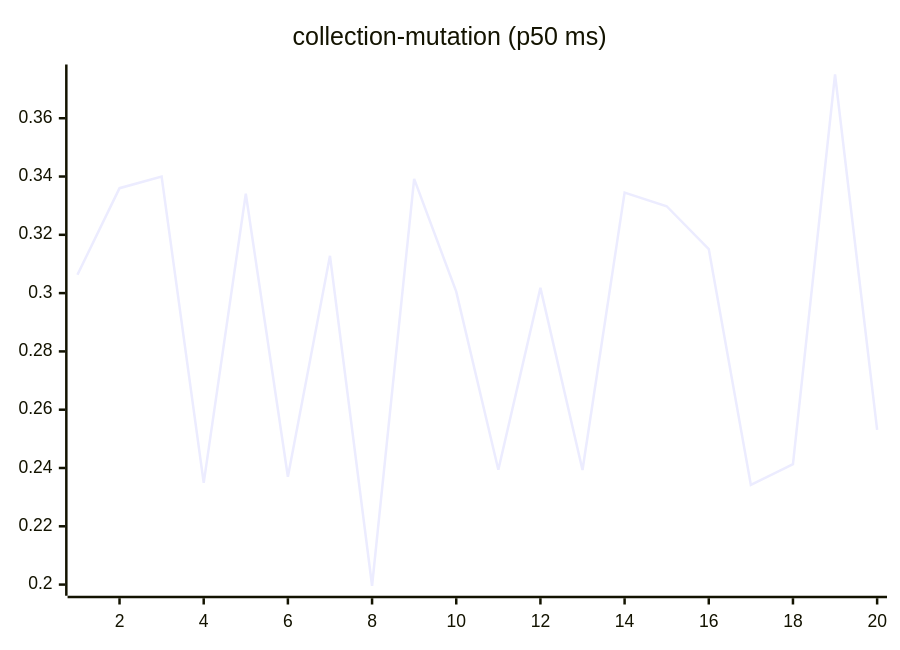
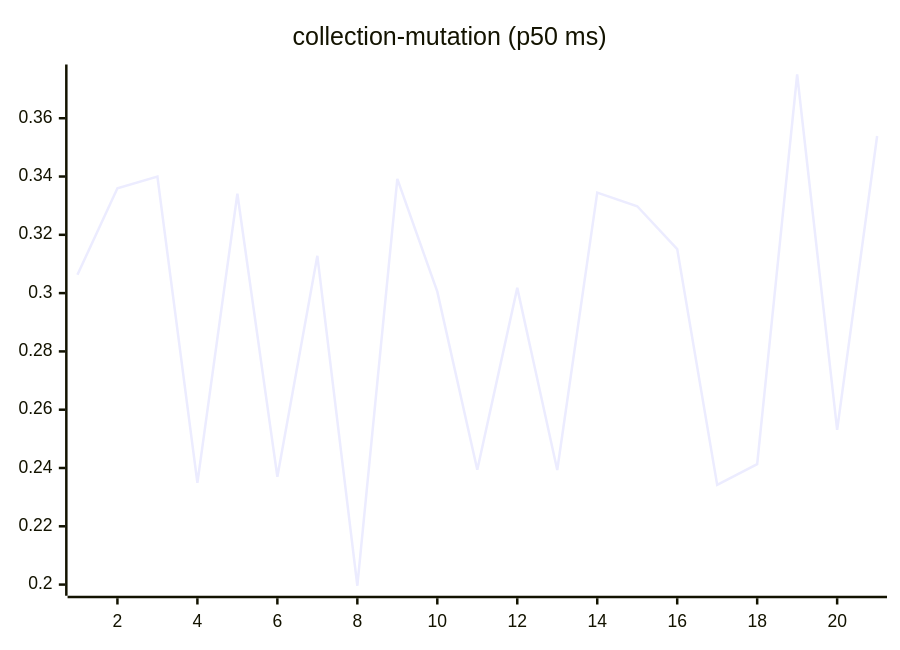
One commit to josha/Facet changed the sixth of 27 diagrams in README.md. Above: the diagram before and after it, drawn with Mermaid. The commit also changed other lines of this file and 2 other files, not shown here.

````diff
--- a/README.md
+++ b/README.md
@@ -98,6 +98,6 @@
 ```mermaid
 xychart-beta
     title "collection-mutation (p50 ms)"
-    x-axis 1 --> 20
-    line [0.3063, 0.3360, 0.3400, 0.2349, 0.3341, 0.2370, 0.3128, 0.1996, 0.3392, 0.3005, 0.2394, 0.3018, 0.2393, 0.3345, 0.3298, 0.3151, 0.2342, 0.2413, 0.3750, 0.2531]
+    x-axis 1 --> 21
+    line [0.3063, 0.3360, 0.3400, 0.2349, 0.3341, 0.2370, 0.3128, 0.1996, 0.3392, 0.3005, 0.2394, 0.3018, 0.2393, 0.3345, 0.3298, 0.3151, 0.2342, 0.2413, 0.3750, 0.2531, 0.3539]
 ```
````
